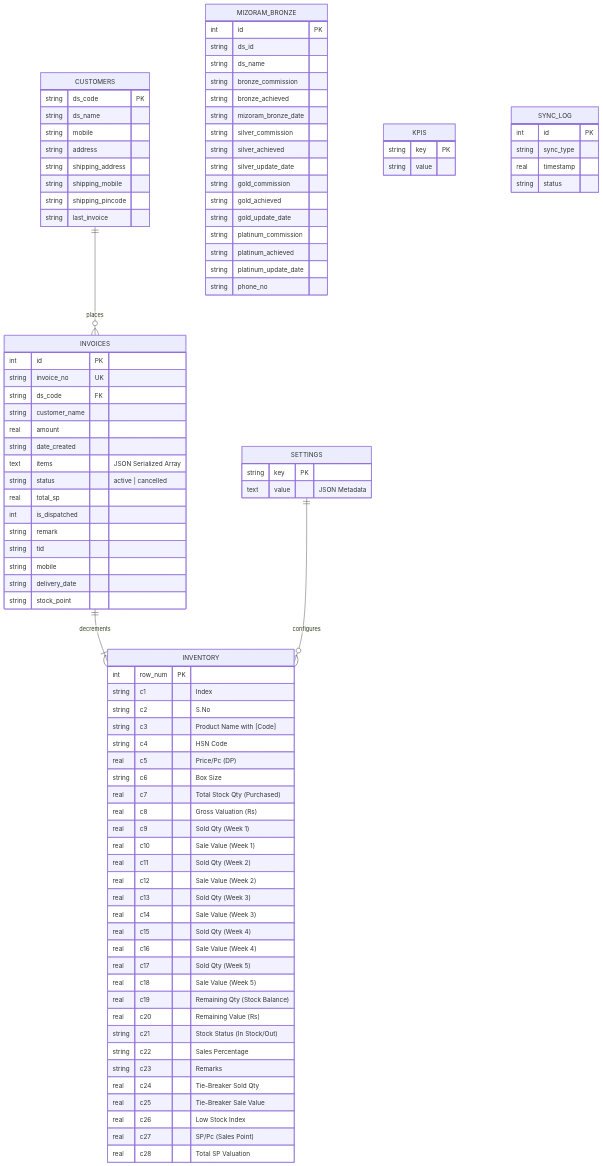
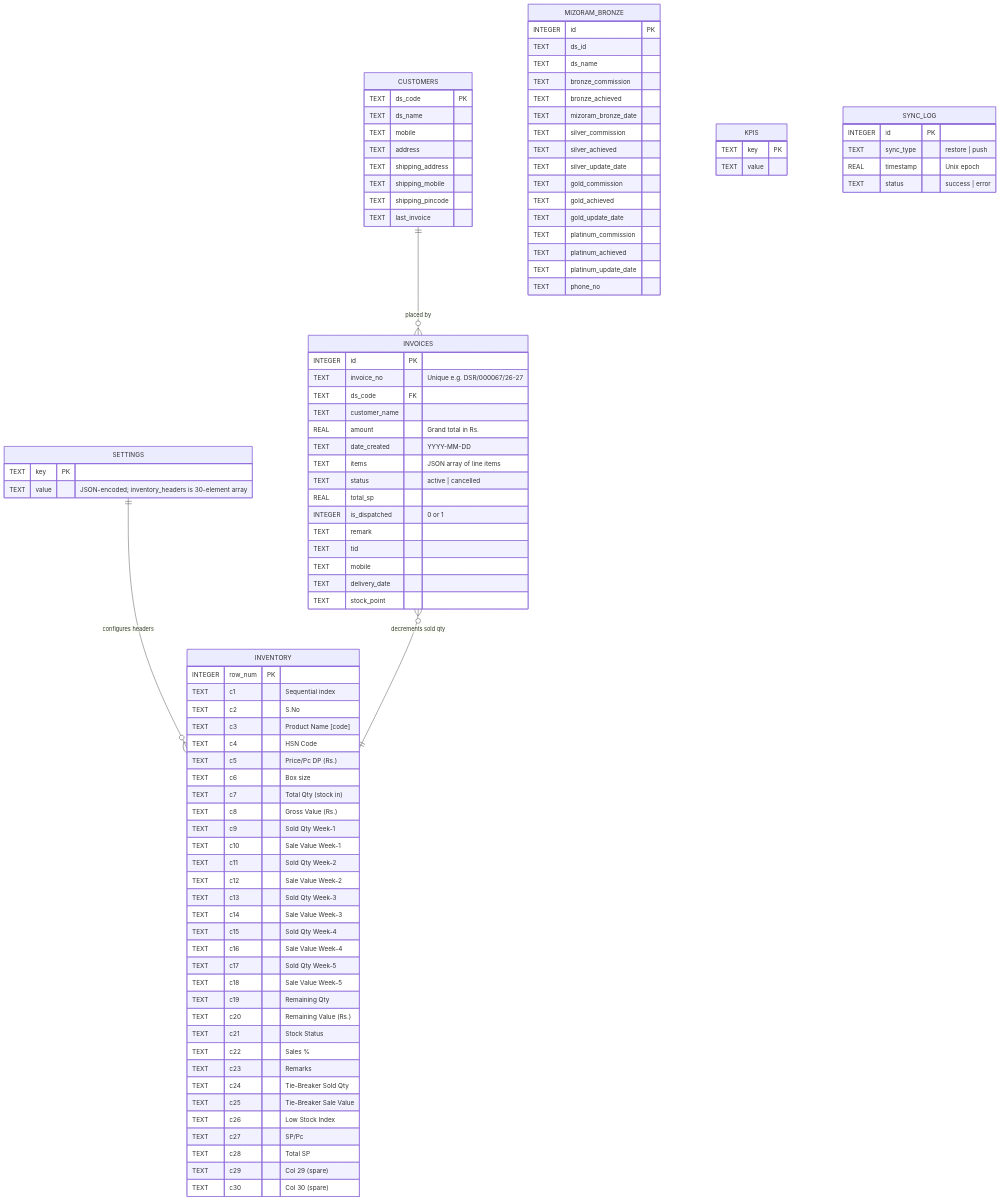
The second of 9 diagrams in ARCHITECTURE.md (roshan-pixel/-ledger_web), drawn with Mermaid before and after one commit. The commit also changed other lines of this file and 1 other file, not shown here.

Commit message:
docs: reverify and fix architecture - correct ERD, portal sync status, ledger JSON storage, DS lookup flow, scheduler timing, full API route directory

````diff
--- a/ARCHITECTURE.md
+++ b/ARCHITECTURE.md
@@ -262,103 +302,105 @@
 ```mermaid
 erDiagram
+    SETTINGS {
+        TEXT key PK
+        TEXT value "JSON-encoded; inventory_headers is 30-element array"
+    }
+
     INVENTORY {
-        int row_num PK
-        string c1 "Index"
-        string c2 "S.No"
-        string c3 "Product Name with [Code]"
-        string c4 "HSN Code"
-        real c5 "Price/Pc (DP)"
-        string c6 "Box Size"
-        real c7 "Total Stock Qty (Purchased)"
-        real c8 "Gross Valuation (Rs)"
-        real c9 "Sold Qty (Week 1)"
-        real c10 "Sale Value (Week 1)"
-        real c11 "Sold Qty (Week 2)"
-        real c12 "Sale Value (Week 2)"
-        real c13 "Sold Qty (Week 3)"
-        real c14 "Sale Value (Week 3)"
-        real c15 "Sold Qty (Week 4)"
-        real c16 "Sale Value (Week 4)"
-        real c17 "Sold Qty (Week 5)"
-        real c18 "Sale Value (Week 5)"
-        real c19 "Remaining Qty (Stock Balance)"
-        real c20 "Remaining Value (Rs)"
-        string c21 "Stock Status (In Stock/Out)"
-        string c22 "Sales Percentage"
-        string c23 "Remarks"
-        real c24 "Tie-Breaker Sold Qty"
-        real c25 "Tie-Breaker Sale Value"
-        real c26 "Low Stock Index"
-        real c27 "SP/Pc (Sales Point)"
-        real c28 "Total SP Valuation"
+        INTEGER row_num PK
+        TEXT c1 "Sequential index"
+        TEXT c2 "S.No"
+        TEXT c3 "Product Name [code]"
+        TEXT c4 "HSN Code"
+        TEXT c5 "Price/Pc DP (Rs.)"
+        TEXT c6 "Box size"
+        TEXT c7 "Total Qty (stock in)"
+        TEXT c8 "Gross Value (Rs.)"
+        TEXT c9 "Sold Qty Week-1"
+        TEXT c10 "Sale Value Week-1"
+        TEXT c11 "Sold Qty Week-2"
+        TEXT c12 "Sale Value Week-2"
+        TEXT c13 "Sold Qty Week-3"
+        TEXT c14 "Sale Value Week-3"
+        TEXT c15 "Sold Qty Week-4"
+        TEXT c16 "Sale Value Week-4"
+        TEXT c17 "Sold Qty Week-5"
+        TEXT c18 "Sale Value Week-5"
+        TEXT c19 "Remaining Qty"
+        TEXT c20 "Remaining Value (Rs.)"
+        TEXT c21 "Stock Status"
+        TEXT c22 "Sales %"
+        TEXT c23 "Remarks"
+        TEXT c24 "Tie-Breaker Sold Qty"
+        TEXT c25 "Tie-Breaker Sale Value"
+        TEXT c26 "Low Stock Index"
+        TEXT c27 "SP/Pc"
+        TEXT c28 "Total SP"
+        TEXT c29 "Col 29 (spare)"
+        TEXT c30 "Col 30 (spare)"
     }
 
     CUSTOMERS {
-        string ds_code PK
-        string ds_name
-        string mobile
-        string address
-        string shipping_address
-        string shipping_mobile
-        string shipping_pincode
-        string last_invoice
+        TEXT ds_code PK
+        TEXT ds_name
+        TEXT mobile
+        TEXT address
+        TEXT shipping_address
+        TEXT shipping_mobile
+        TEXT shipping_pincode
+        TEXT last_invoice
     }
 
     INVOICES {
-        int id PK
-        string invoice_no UK
-        string ds_code FK
-        string customer_name
-        real amount
-        string date_created
-        text items "JSON Serialized Array"
-        string status "active | cancelled"
-        real total_sp
-        int is_dispatched
-        string remark
-        string tid
-        string mobile
-        string delivery_date
-        string stock_point
+        INTEGER id PK
+        TEXT invoice_no "Unique e.g. DSR/000067/26-27"
+        TEXT ds_code FK
+        TEXT customer_name
+        REAL amount "Grand total in Rs."
+        TEXT date_created "YYYY-MM-DD"
+        TEXT items "JSON array of line items"
+        TEXT status "active | cancelled"
+        REAL total_sp
+        INTEGER is_dispatched "0 or 1"
+        TEXT remark
+        TEXT tid
+        TEXT mobile
+        TEXT delivery_date
+        TEXT stock_point
     }
 
     MIZORAM_BRONZE {
-        int id PK
-        string ds_id
-        string ds_name
-        string bronze_commission
-        string bronze_achieved
-        string mizoram_bronze_date
-        string silver_commission
-        string silver_achieved
-        string silver_update_date
-        string gold_commission
-        string gold_achieved
-        string gold_update_date
-        string platinum_commission
-        string platinum_achieved
-        string platinum_update_date
-        string phone_no
+        INTEGER id PK
+        TEXT ds_id
+        TEXT ds_name
+        TEXT bronze_commission
+        TEXT bronze_achieved
+        TEXT mizoram_bronze_date
+        TEXT silver_commission
+        TEXT silver_achieved
+        TEXT silver_update_date
+        TEXT gold_commission
+        TEXT gold_achieved
+        TEXT gold_update_date
+        TEXT platinum_commission
+        TEXT platinum_achieved
+        TEXT platinum_update_date
+        TEXT phone_no
     }
 
     KPIS {
-        string key PK
-        string value
-    }
-
-    SETTINGS {
-        string key PK
-        text value "JSON Metadata"
+        TEXT key PK
+        TEXT value
     }
 
     SYNC_LOG {
-        int id PK
-        string sync_type
-        real timestamp
-        string status
+        INTEGER id PK
+        TEXT sync_type "restore | push"
+        REAL timestamp "Unix epoch"
+        TEXT status "success | error"
     }
 
-    CUSTOMERS ||--o{ INVOICES : places
-    INVOICES ||--|{ INVENTORY : decrements
-    SETTINGS ||--o{ INVENTORY : configures
+    SETTINGS ||--o{ INVENTORY : "configures headers"
+    CUSTOMERS ||--o{ INVOICES : "placed by"
+    INVOICES }o--|| INVENTORY : "decrements sold qty"
 ```
````
